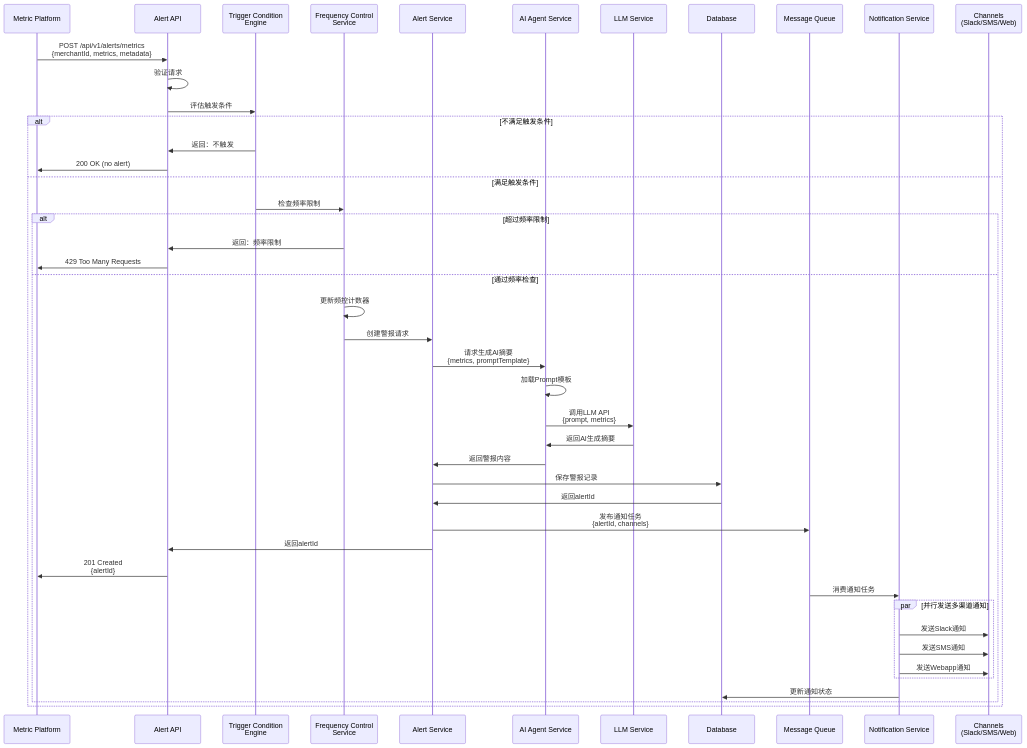
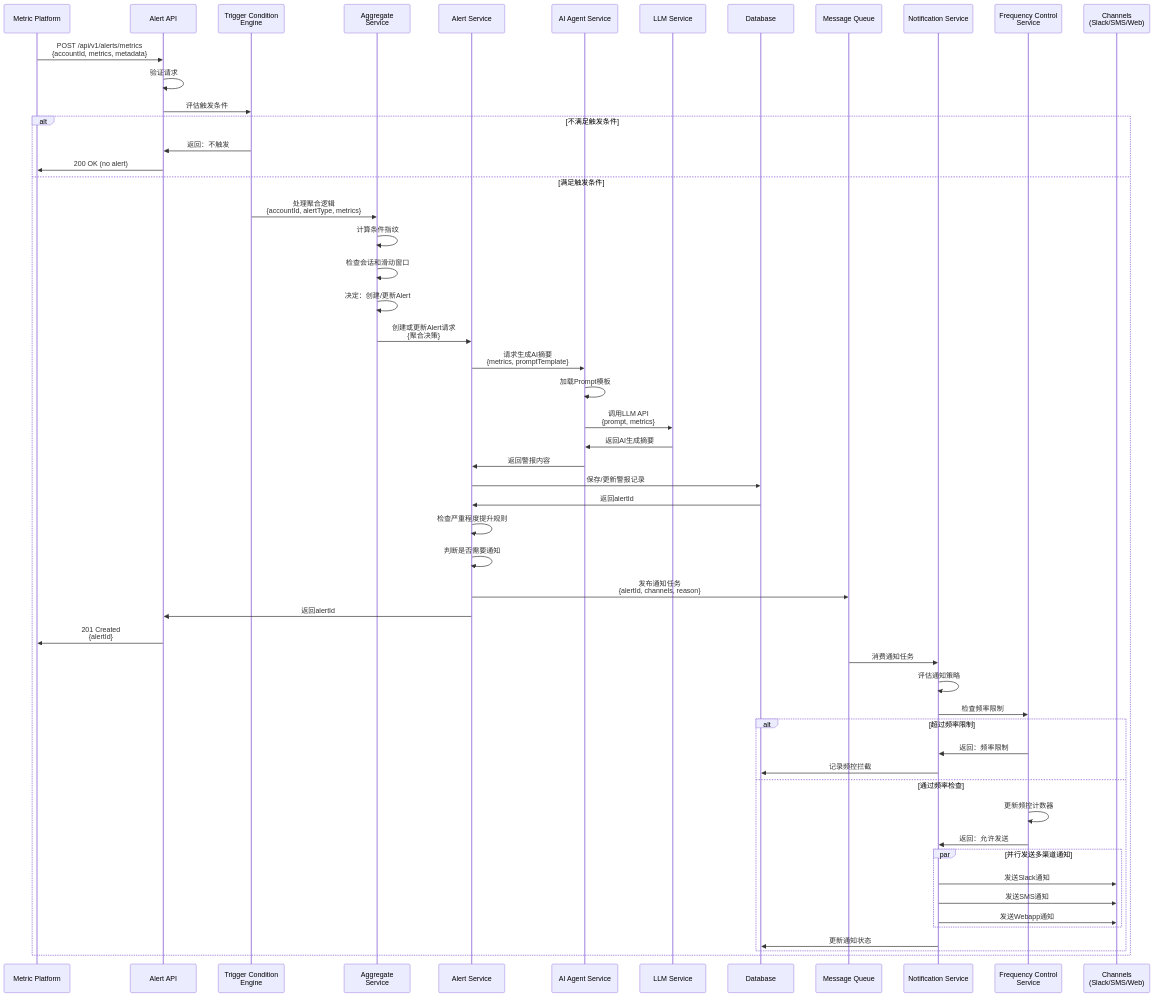
Before and after one commit to smarttttttt/AwxSentinel: the second of 10 diagrams in AlertSystemDesign_CN.md, drawn with Mermaid. The commit also changed 1 other file, not shown here.

Commit message:
refactor: restructure alert generation flow with aggregate service
- Add Aggregate Service between Trigger Condition Engine and Alert Service
- Move Frequency Control to Notification Service (after notification task creation)
- Update flow: API → TCE → Aggregate → Alert → Notification → Frequency Control → Send
- Aggregate Service responsibilities:
  - Calculate condition fingerprint
  - Check session and sliding window
  - Determine create/update alert decision
- Alert Service now handles:
  - Escalation rule checking
  - Notification need determination
- Notification Service now includes:
  - Notification strategy evaluation
  - Frequency control as final gate
- Update both CN and EN versions

Benefits:
- Clear separation of concerns
- Aggregate logic isolated in dedicated service
- Frequency control at optimal position (before actual send)
- Better scalability and maintainability

````diff
--- a/AlertSystemDesign_CN.md
+++ b/AlertSystemDesign_CN.md
@@ -120,56 +120,69 @@
 ```mermaid
 sequenceDiagram
     participant MP as Metric Platform
     participant API as Alert API
     participant TCE as Trigger Condition<br/>Engine
-    participant FCS as Frequency Control<br/>Service
+    participant AGG as Aggregate<br/>Service
     participant AS as Alert Service
     participant AGS as AI Agent Service
     participant LLM as LLM Service
     participant DB as Database
     participant MQ as Message Queue
     participant NS as Notification Service
+    participant FCS as Frequency Control<br/>Service
     participant CH as Channels<br/>(Slack/SMS/Web)
 
-    MP->>API: POST /api/v1/alerts/metrics<br/>{merchantId, metrics, metadata}
+    MP->>API: POST /api/v1/alerts/metrics<br/>{accountId, metrics, metadata}
     API->>API: 验证请求
     API->>TCE: 评估触发条件
 
     alt 不满足触发条件
         TCE->>API: 返回：不触发
         API->>MP: 200 OK (no alert)
     else 满足触发条件
-        TCE->>FCS: 检查频率限制
+        TCE->>AGG: 处理聚合逻辑<br/>{accountId, alertType, metrics}
+
+        AGG->>AGG: 计算条件指纹
+        AGG->>AGG: 检查会话和滑动窗口
+        AGG->>AGG: 决定：创建/更新Alert
+
+        AGG->>AS: 创建或更新Alert请求<br/>{聚合决策}
+
+        AS->>AGS: 请求生成AI摘要<br/>{metrics, promptTemplate}
+        AGS->>AGS: 加载Prompt模板
+        AGS->>LLM: 调用LLM API<br/>{prompt, metrics}
+        LLM->>AGS: 返回AI生成摘要
+        AGS->>AS: 返回警报内容
+
+        AS->>DB: 保存/更新警报记录
+        DB->>AS: 返回alertId
+
+        AS->>AS: 检查严重程度提升规则
+        AS->>AS: 判断是否需要通知
+
+        AS->>MQ: 发布通知任务<br/>{alertId, channels, reason}
+        AS->>API: 返回alertId
+        API->>MP: 201 Created<br/>{alertId}
+
+        MQ->>NS: 消费通知任务
+
+        NS->>NS: 评估通知策略
+        NS->>FCS: 检查频率限制
 
         alt 超过频率限制
-            FCS->>API: 返回：频率限制
-            API->>MP: 429 Too Many Requests
+            FCS->>NS: 返回：频率限制
+            NS->>DB: 记录频控拦截
         else 通过频率检查
             FCS->>FCS: 更新频控计数器
-            FCS->>AS: 创建警报请求
-
-            AS->>AGS: 请求生成AI摘要<br/>{metrics, promptTemplate}
-            AGS->>AGS: 加载Prompt模板
-            AGS->>LLM: 调用LLM API<br/>{prompt, metrics}
-            LLM->>AGS: 返回AI生成摘要
-            AGS->>AS: 返回警报内容
-
-            AS->>DB: 保存警报记录
-            DB->>AS: 返回alertId
-
-            AS->>MQ: 发布通知任务<br/>{alertId, channels}
-            AS->>API: 返回alertId
-            API->>MP: 201 Created<br/>{alertId}
-
-            MQ->>NS: 消费通知任务
+            FCS->>NS: 返回：允许发送
 
             par 并行发送多渠道通知
                 NS->>CH: 发送Slack通知
                 NS->>CH: 发送SMS通知
                 NS->>CH: 发送Webapp通知
             end
 
             NS->>DB: 更新通知状态
         end
     end
 ```
````
